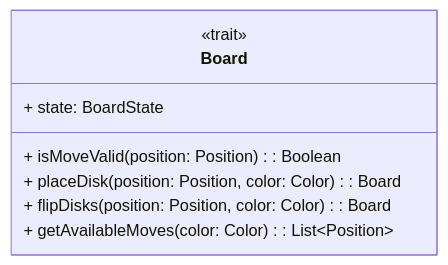
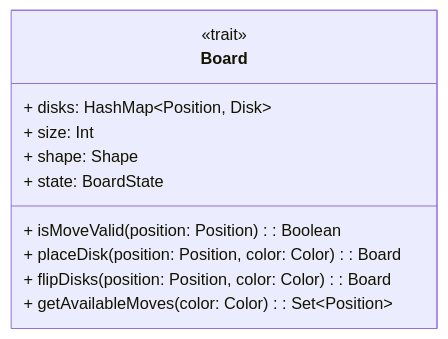
The tenth of 12 diagrams in docs/report/5-detailed-design.md (Borgotto/PPS-25-scalatello), drawn with Mermaid before and after one commit.

Commit message:
Update Board design

````diff
--- a/docs/report/5-detailed-design.md
+++ b/docs/report/5-detailed-design.md
@@ -222,11 +222,14 @@
 ```mermaid
 classDiagram
   class Board {
     <<trait>>
+    + disks: HashMap~Position, Disk~
+    + size: Int
+    + shape: Shape
     + state: BoardState
     + isMoveValid(position: Position): Boolean
     + placeDisk(position: Position, color: Color): Board
     + flipDisks(position: Position, color: Color): Board
-    + getAvailableMoves(color: Color): List~Position~
+    + getAvailableMoves(color: Color): Set~Position~
   }
 ```
````
